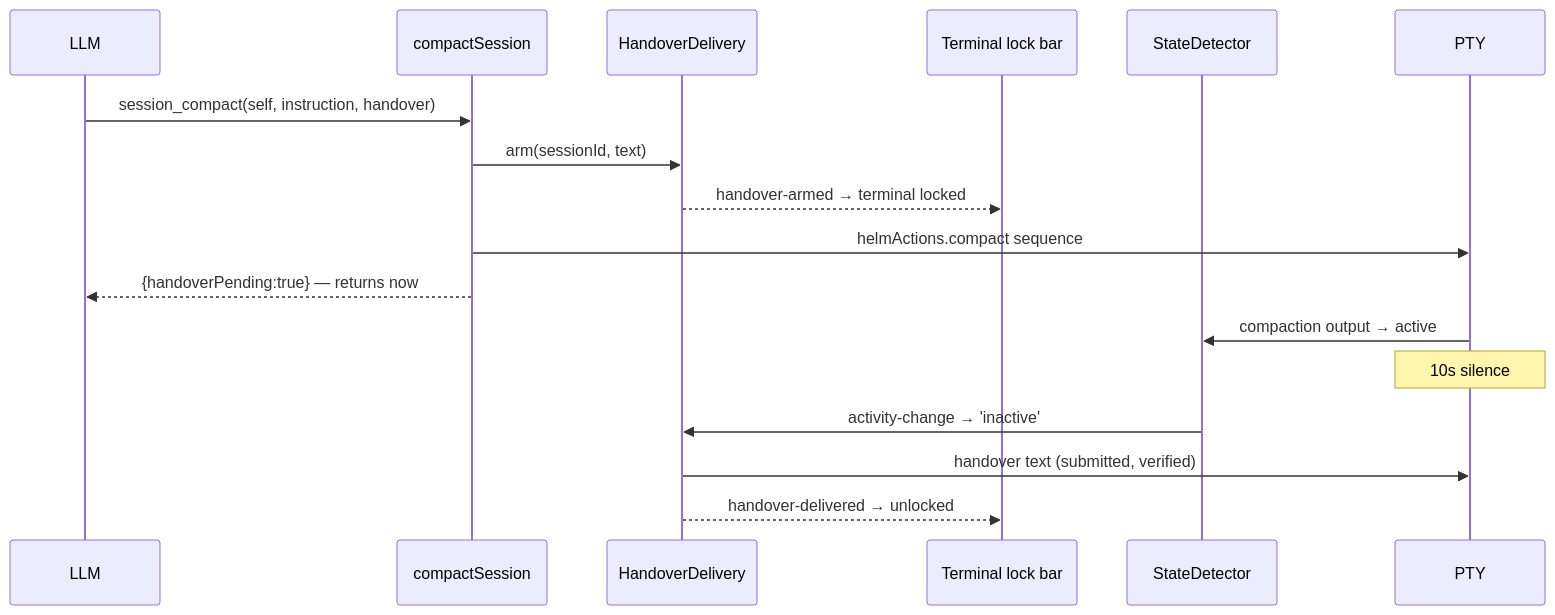
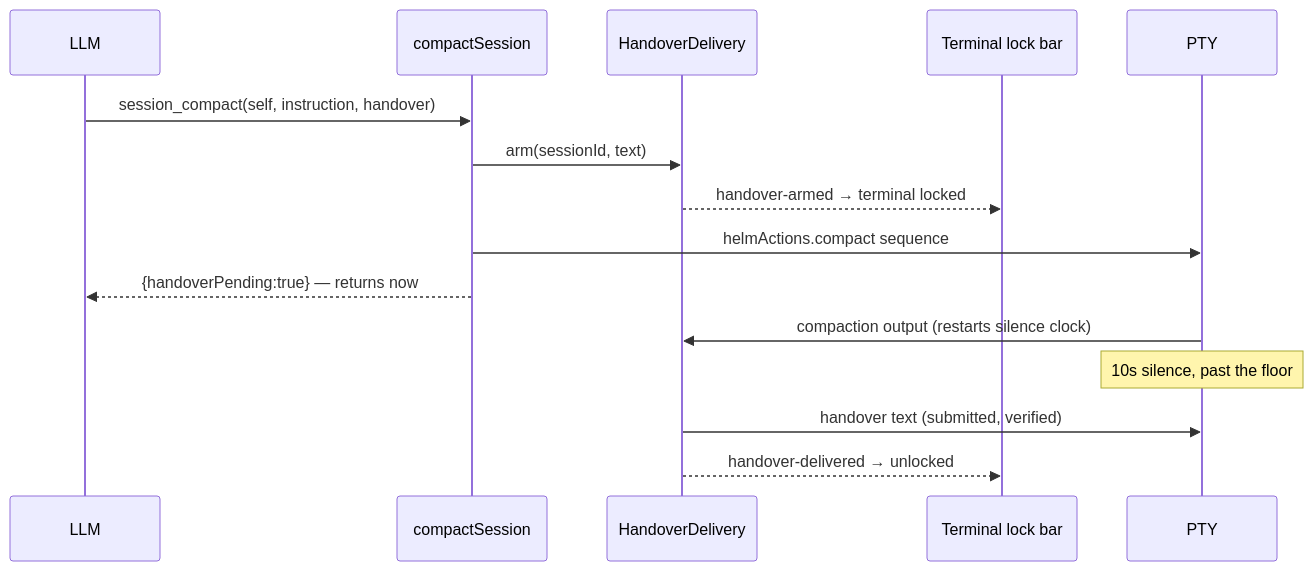
Before and after one commit to PetePeter/helm: the first of 2 diagrams in docs/handover.md, drawn with Mermaid. The commit also changed other lines of this file and 6 other files, not shown here.

First line of the commit message:
fix(handover): wait on PTY silence only; Esc retry for quick compact

````diff
--- a/docs/handover.md
+++ b/docs/handover.md
@@ -24,20 +24,18 @@
 ```mermaid
 sequenceDiagram
     participant LLM
     participant SC as compactSession
     participant HD as HandoverDelivery
     participant UI as Terminal lock bar
-    participant SD as StateDetector
     participant PTY
 
     LLM->>SC: session_compact(self, instruction, handover)
     SC->>HD: arm(sessionId, text)
     HD-->>UI: handover-armed → terminal locked
     SC->>PTY: helmActions.compact sequence
     SC-->>LLM: {handoverPending:true} — returns now
-    PTY->>SD: compaction output → active
-    Note over PTY: 10s silence
-    SD->>HD: activity-change → 'inactive'
+    PTY->>HD: compaction output (restarts silence clock)
+    Note over PTY: 10s silence, past the floor
     HD->>PTY: handover text (submitted, verified)
     HD-->>UI: handover-delivered → unlocked
 ```
````
